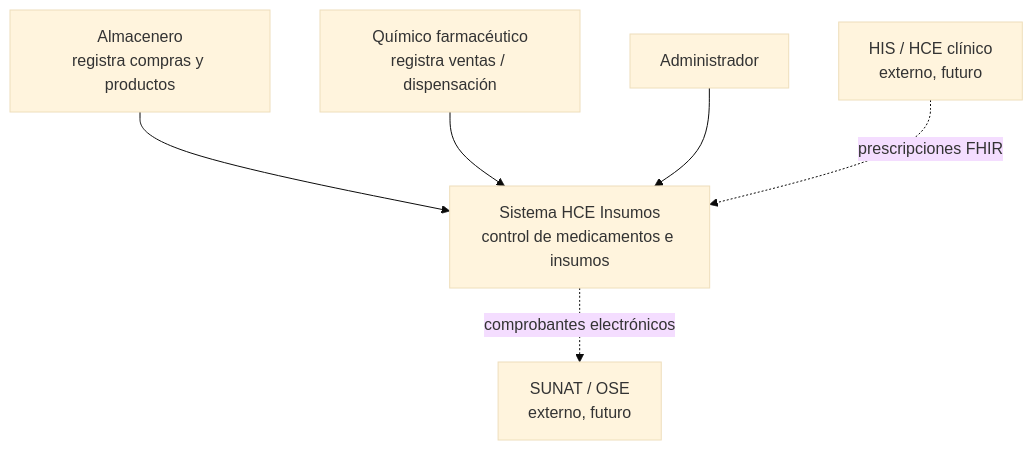
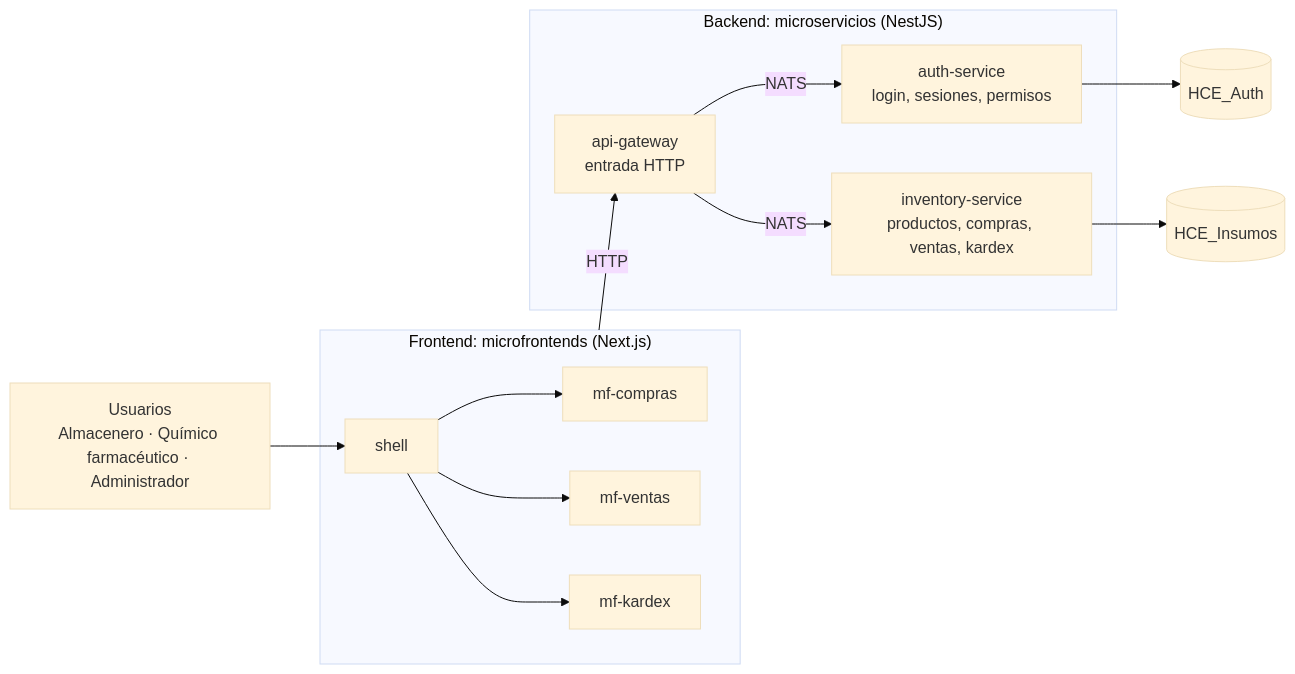
One commit to Hades0413/hce-insumos-platform changed the first of 9 diagrams in docs/ARQUITECTURA.md. Above: the diagram before and after it, drawn with Mermaid (base theme). The commit also changed other lines of this file and 419 other files, not shown here.

````diff
--- a/docs/ARQUITECTURA.md
+++ b/docs/ARQUITECTURA.md
@@ -25,14 +27,26 @@
 ```mermaid
-flowchart TB
-  alm["Almacenero<br/>registra compras y productos"]
-  far["Químico farmacéutico<br/>registra ventas / dispensación"]
-  adm["Administrador"]
-  sys["Sistema HCE Insumos<br/>control de medicamentos e insumos"]
-  his["HIS / HCE clínico<br/>externo, futuro"]
-  sunat["SUNAT / OSE<br/>externo, futuro"]
-  alm --> sys
-  far --> sys
-  adm --> sys
-  his -. "prescripciones FHIR" .-> sys
-  sys -. "comprobantes electrónicos" .-> sunat
+flowchart LR
+  U["Usuarios<br/>Almacenero · Químico farmacéutico · Administrador"]
+
+  subgraph MF["Frontend: microfrontends (Next.js)"]
+    SH["shell"]
+    MC["mf-compras"]
+    MV["mf-ventas"]
+    MK["mf-kardex"]
+  end
+
+  subgraph MS["Backend: microservicios (NestJS)"]
+    G["api-gateway<br/>entrada HTTP"]
+    A["auth-service<br/>login, sesiones, permisos"]
+    I["inventory-service<br/>productos, compras, ventas, kardex"]
+  end
+
+  DA[("HCE_Auth")]
+  DI[("HCE_Insumos")]
+
+  U --> SH
+  SH --> MC & MV & MK
+  MF -- HTTP --> G
+  G -- NATS --> A --> DA
+  G -- NATS --> I --> DI
 ```
````
